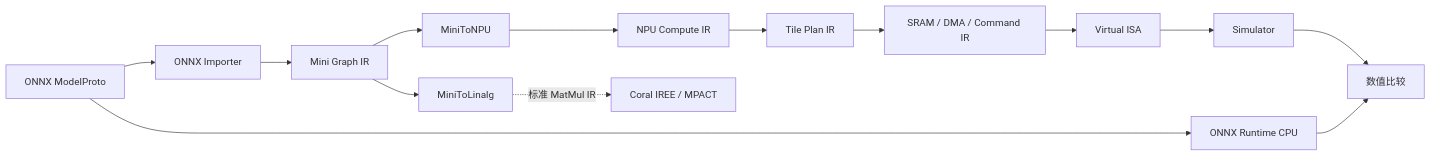
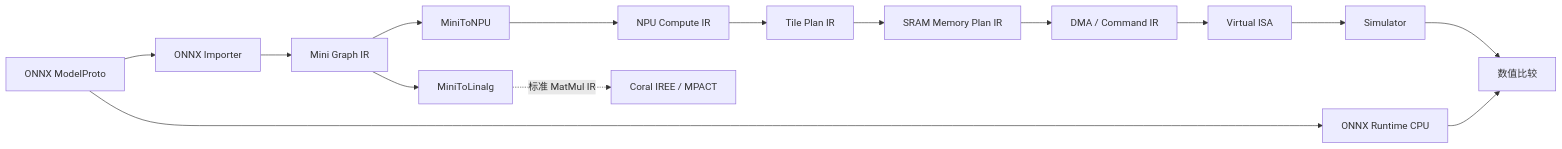
The diagram in docs/npu/architecture.md (LP-780SVJ/MiniMLIRCompiler), drawn with Mermaid before and after one commit. The commit also changed other lines of this file and 26 other files, not shown here.

````diff
--- a/docs/npu/architecture.md
+++ b/docs/npu/architecture.md
@@ -5,16 +5,17 @@
 ```mermaid
 flowchart LR
     Model[ONNX ModelProto] --> Import[ONNX Importer]
     Model --> ORT[ONNX Runtime CPU]
     Import --> Mini[Mini Graph IR]
     Mini --> Standard[MiniToLinalg]
     Mini --> NPU[MiniToNPU]
     NPU --> Compute[NPU Compute IR]
     Compute --> Tile[Tile Plan IR]
-    Tile --> Command[SRAM / DMA / Command IR]
+    Tile --> SRAM[SRAM Memory Plan IR]
+    SRAM --> Command[DMA / Command IR]
     Command --> ISA[Virtual ISA]
     ISA --> Sim[Simulator]
     Sim --> Compare[数值比较]
     ORT --> Compare
     Standard -. 标准 MatMul IR .-> Coral[Coral IREE / MPACT]
 ```
````
